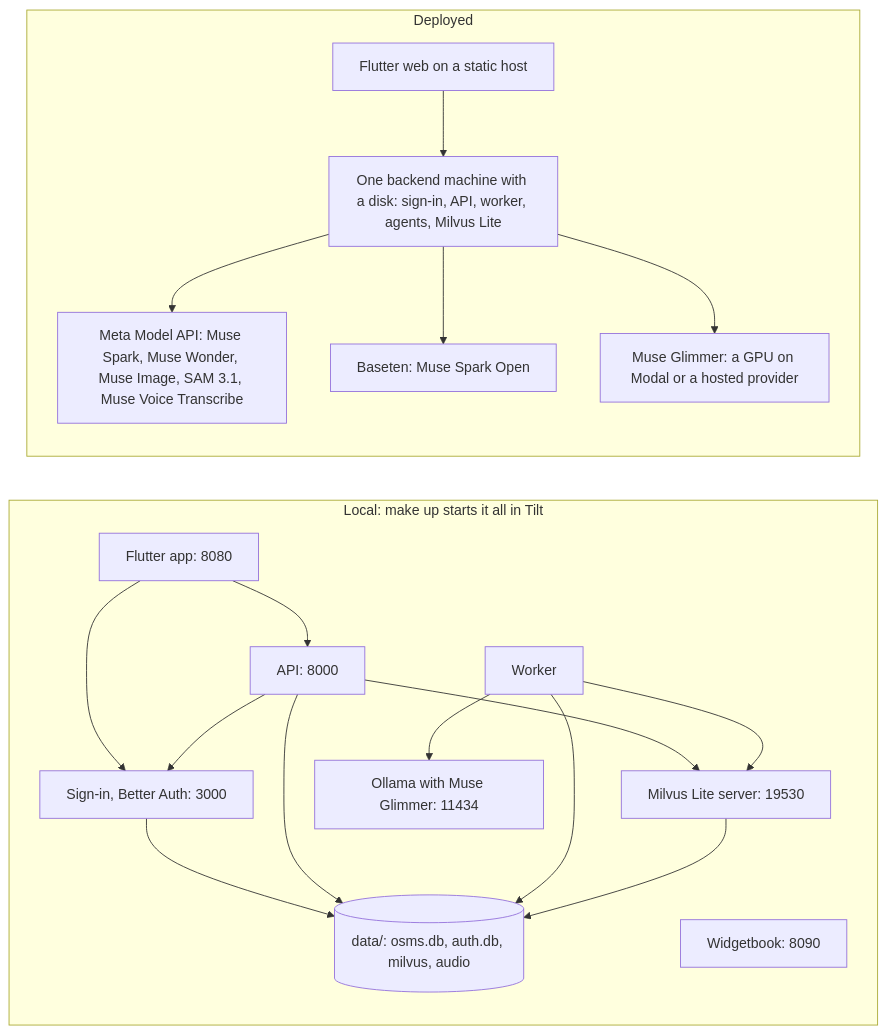
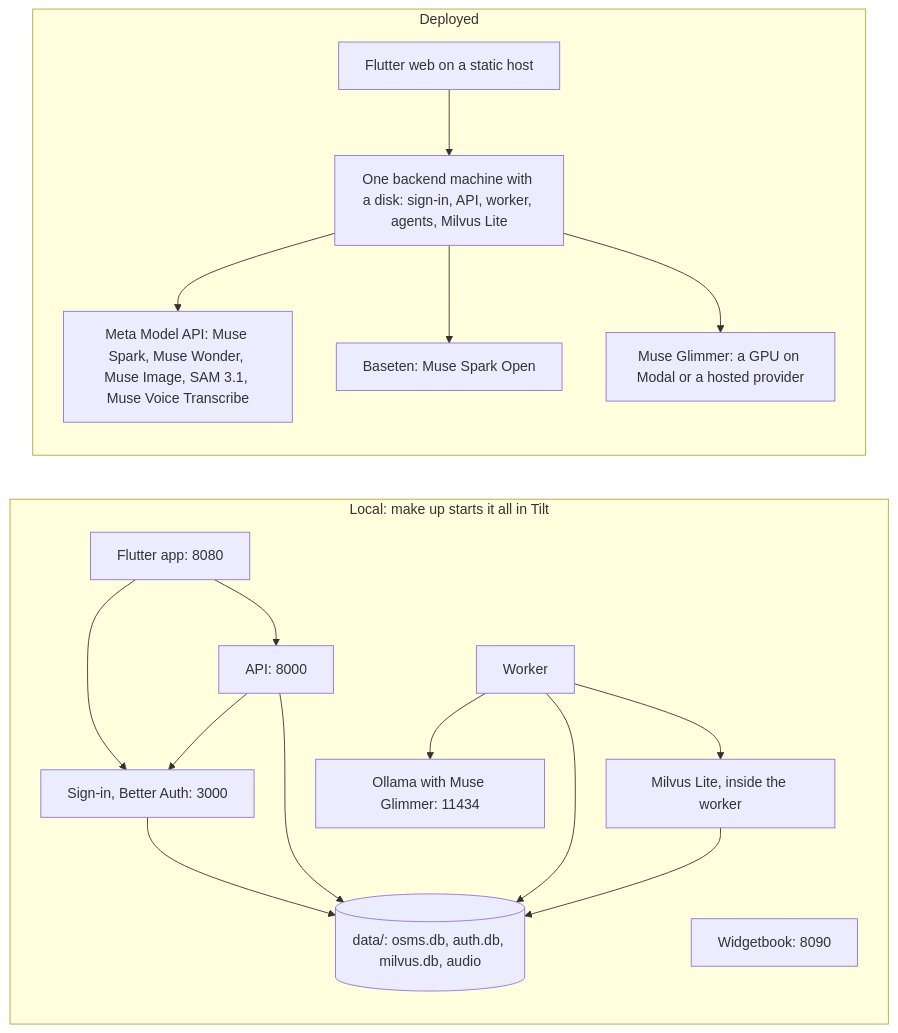
One commit to ThivaV/OSMS changed the eighth of 8 diagrams in docs/architecture.md. Above: the diagram before and after it, drawn with Mermaid. The commit also changed other lines of this file and 65 other files, not shown here.

````diff
--- a/docs/architecture.md
+++ b/docs/architecture.md
@@ -570,36 +568,35 @@
 ```mermaid
 flowchart LR
     subgraph laptop["Local: make up starts it all in Tilt"]
         l_app["Flutter app: 8080"]
         l_auth["Sign-in, Better Auth: 3000"]
         l_wb["Widgetbook: 8090"]
         l_api["API: 8000"]
         l_worker["Worker"]
-        l_milvus["Milvus Lite server: 19530"]
+        l_milvus["Milvus Lite, inside the worker"]
         l_glimmer["Ollama with Muse Glimmer: 11434"]
-        l_data[("data/: osms.db, auth.db, milvus, audio")]
+        l_data[("data/: osms.db, auth.db, milvus.db, audio")]
     end
 
     subgraph cloud["Deployed"]
         web["Flutter web on a static host"]
         box["One backend machine with a disk: sign-in, API, worker, agents, Milvus Lite"]
         meta["Meta Model API: Muse Spark, Muse Wonder, Muse Image, SAM 3.1, Muse Voice Transcribe"]
         baseten["Baseten: Muse Spark Open"]
         glimmer["Muse Glimmer: a GPU on Modal or a hosted provider"]
     end
 
     l_app --> l_auth
     l_app --> l_api
     l_auth --> l_data
     l_api --> l_auth
     l_api --> l_data
     l_worker --> l_data
-    l_api --> l_milvus
     l_worker --> l_milvus
     l_worker --> l_glimmer
     l_milvus --> l_data
     web --> box
     box --> meta
     box --> baseten
     box --> glimmer
 ```
````
